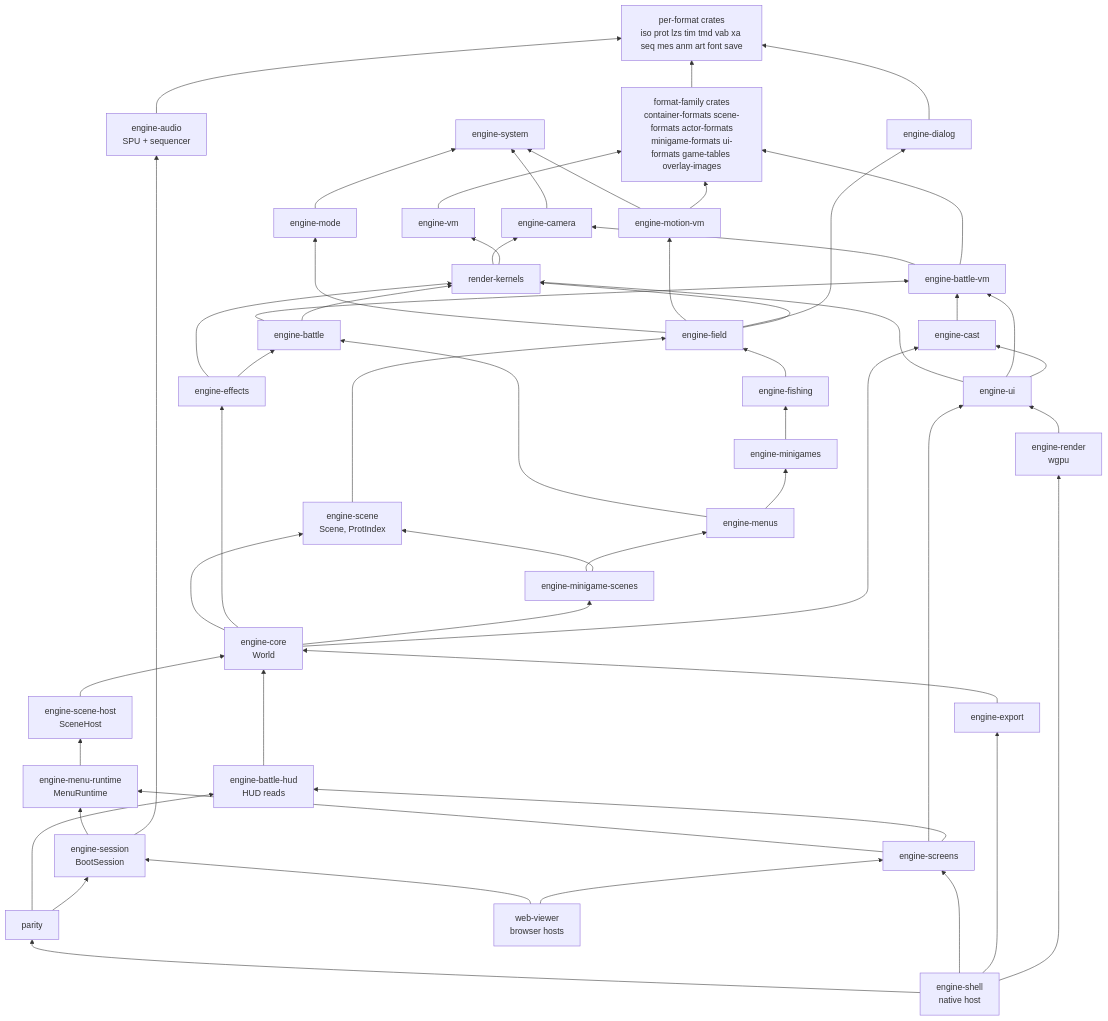
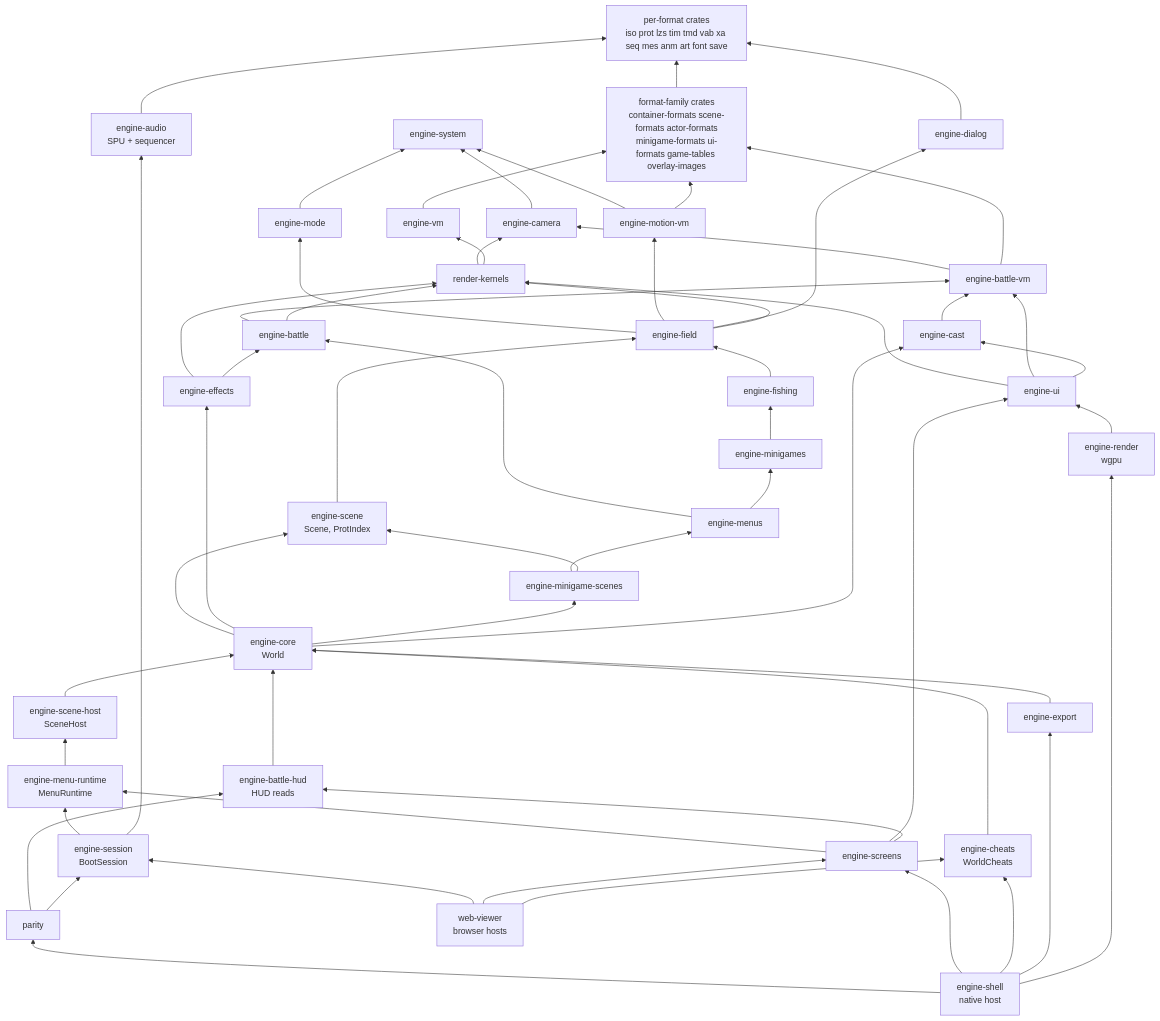
The first of 4 diagrams in docs/subsystems/engine.md (AndrewAltimit/legend-of-legaia-re), drawn with Mermaid before and after one commit. The commit also changed other lines of this file and 28 other files, not shown here.

First line of the commit message:
Split the cheats out of engine-core into engine-cheats

````diff
--- a/docs/subsystems/engine.md
+++ b/docs/subsystems/engine.md
@@ -63,6 +63,7 @@
     SH["engine-scene-host<br/>SceneHost"]
     MR["engine-menu-runtime<br/>MenuRuntime"]
     BHUD["engine-battle-hud<br/>HUD reads"]
+    ECHT["engine-cheats<br/>WorldCheats"]
     EUI["engine-ui"]
     EREN["engine-render<br/>wgpu"]
     EAUD["engine-audio<br/>SPU + sequencer"]
@@ -112,6 +113,7 @@
     SH --> CORE
     MR --> SH
     BHUD --> CORE
+    ECHT --> CORE
     SESS --> MR
     SESS --> EAUD
     SCR --> MR
@@ -121,9 +123,11 @@
     PAR --> SESS
     SHELL --> PAR
     SHELL --> SCR
+    SHELL --> ECHT
     SHELL --> EXP
     EXP --> CORE
     SHELL --> EREN
     WEB --> SESS
     WEB --> SCR
+    WEB --> ECHT
 ```
````
